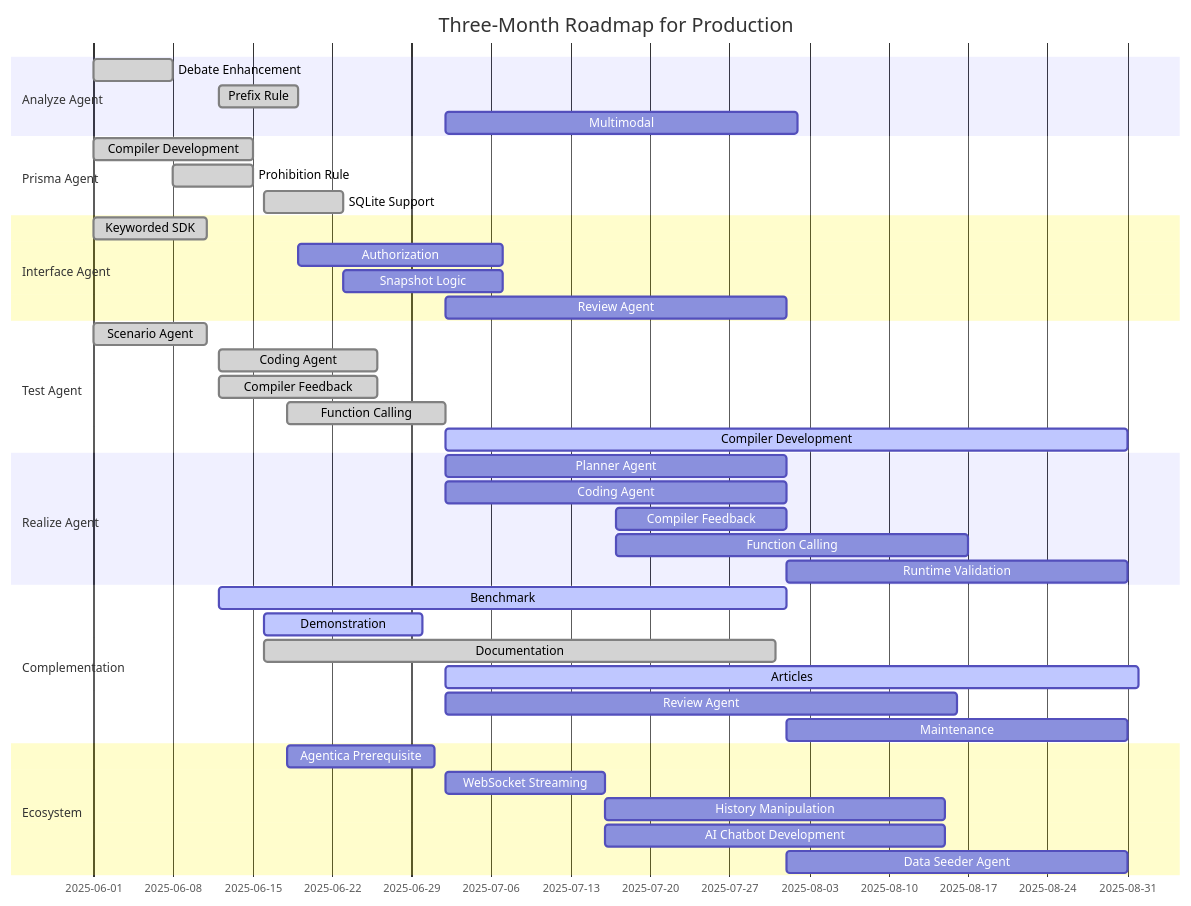
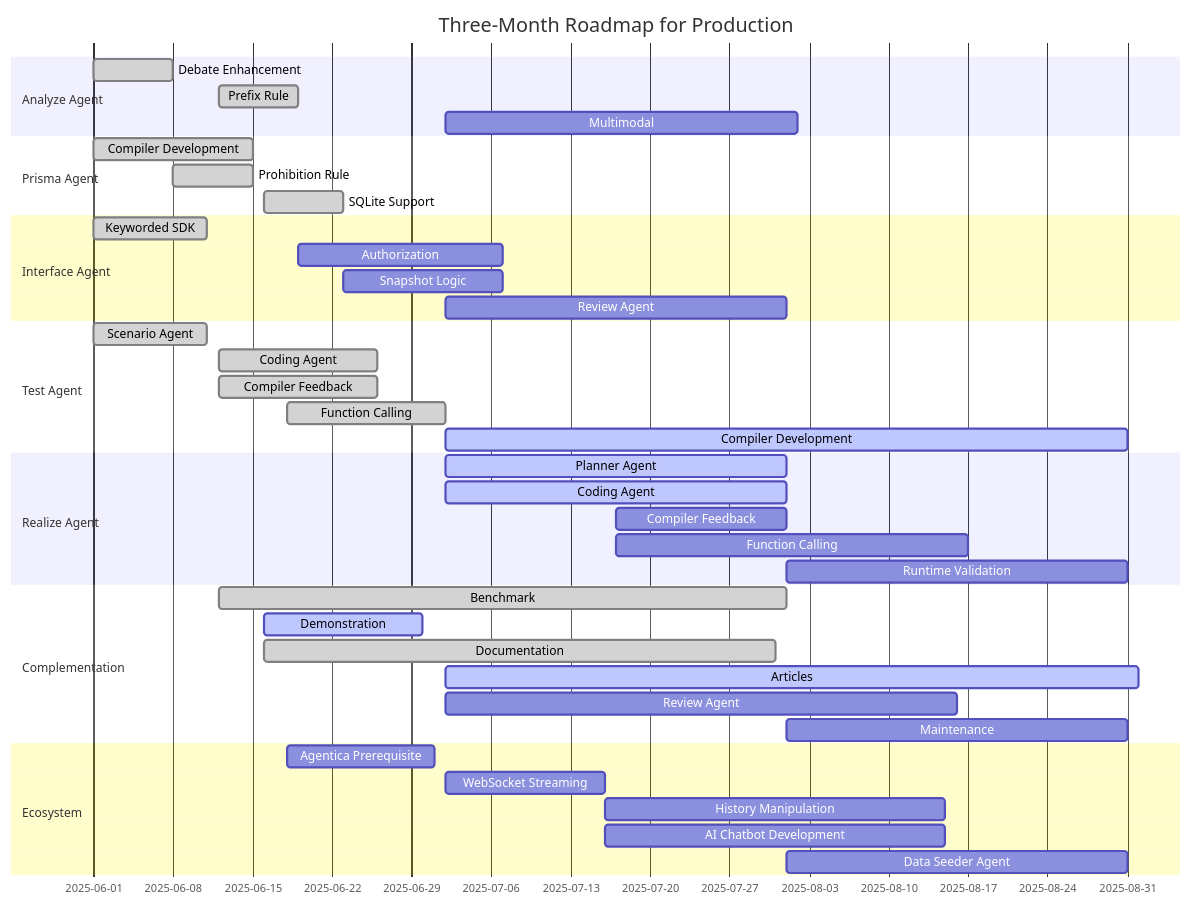
The second of 2 diagrams in README.md (RavenView-ai/autobe), drawn with Mermaid before and after one commit. The commit also changed 1 other file, not shown here.

Commit message:
update roadmap

````diff
--- a/README.md
+++ b/README.md
@@ -155,50 +155,50 @@
 ```mermaid
 gantt
   dateFormat YYYY-MM-DD
   title Three-Month Roadmap for Production
 
   section Analyze Agent
   Debate Enhancement: done,    2025-06-01,  7d
   Prefix Rule:        done,    2025-06-12,  7d
   Multimodal:         planned, 2025-07-02, 31d
 
   section Prisma Agent
   Compiler Development: done, 2025-06-01, 14d
   Prohibition Rule:     done, 2025-06-08,  7d
   SQLite Support:       done, 2025-06-16,  7d
 
   section Interface Agent
   Keyworded SDK:  done,    2025-06-01, 10d
   Authorization:  planned, 2025-06-19, 18d
   Snapshot Logic: planned, 2025-06-23, 14d
   Review Agent:   planned, 2025-07-02, 30d
 
   section Test Agent
   Scenario Agent:       done,   2025-06-01, 10d        
   Coding Agent:         done,   2025-06-12, 14d
   Compiler Feedback:    done,   2025-06-12, 14d
   Function Calling:     done,   2025-06-18, 14d
   Compiler Development: active, 2025-07-02, 60d
 
   section Realize Agent
-  Planner Agent:      planned, 2025-07-02, 30d
-  Coding Agent:       planned, 2025-07-02, 30d
+  Planner Agent:      active,  2025-07-02, 30d
+  Coding Agent:       active,  2025-07-02, 30d
   Compiler Feedback:  planned, 2025-07-17, 15d
   Function Calling:   planned, 2025-07-17, 31d
   Runtime Validation: planned, 2025-08-01, 30d
 
   section Complementation
-  Benchmark:     active,  2025-06-12, 50d
+  Benchmark:     done,    2025-06-12, 50d
   Demonstration: active,  2025-06-16, 14d
   Documentation: done,    2025-06-16, 45d
   Articles:      active,  2025-07-02, 61d
   Review Agent:  planned, 2025-07-02, 45d
   Maintenance:   planned, 2025-08-01, 30d
 
   section Ecosystem
   Agentica Prerequisite:  planned, 2025-06-18, 13d
   WebSocket Streaming:    planned, 2025-07-02, 14d
   History Manipulation:   planned, 2025-07-16, 30d
   AI Chatbot Development: planned, 2025-07-16, 30d
   Data Seeder Agent:      planned, 2025-08-01, 30d
 ```
````
